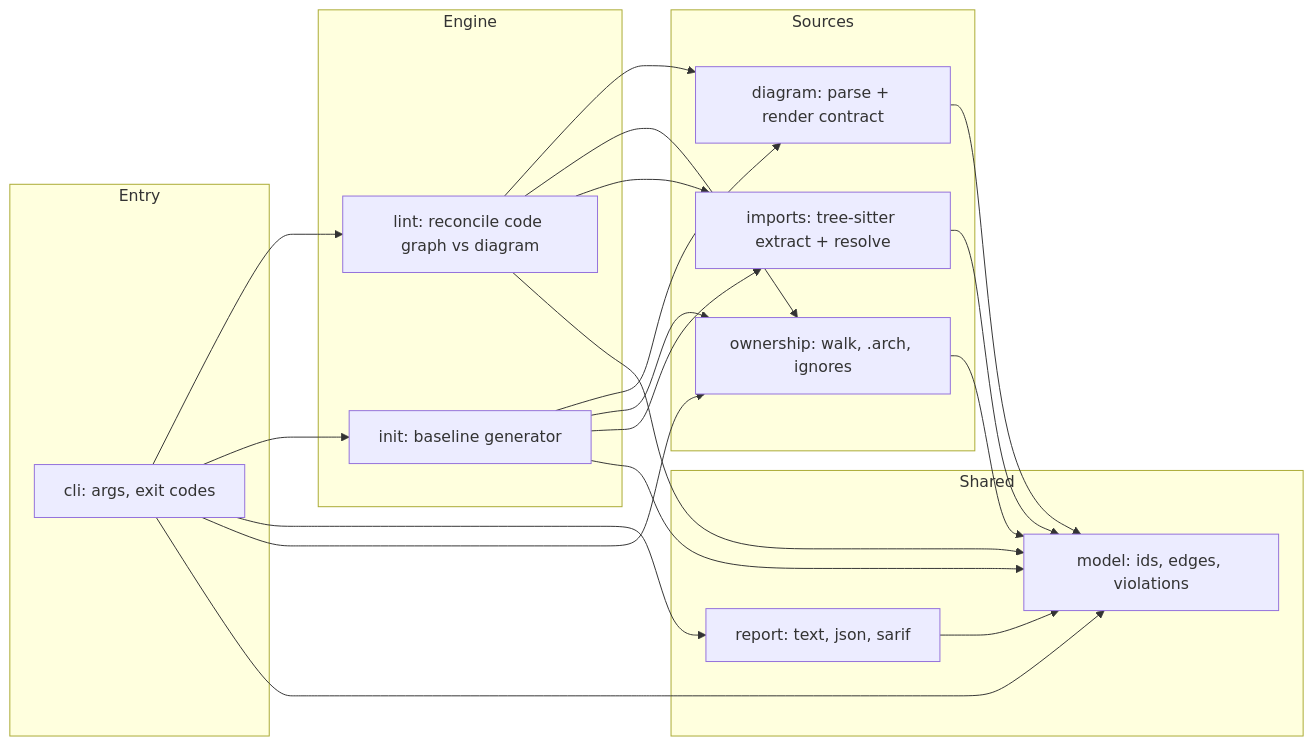
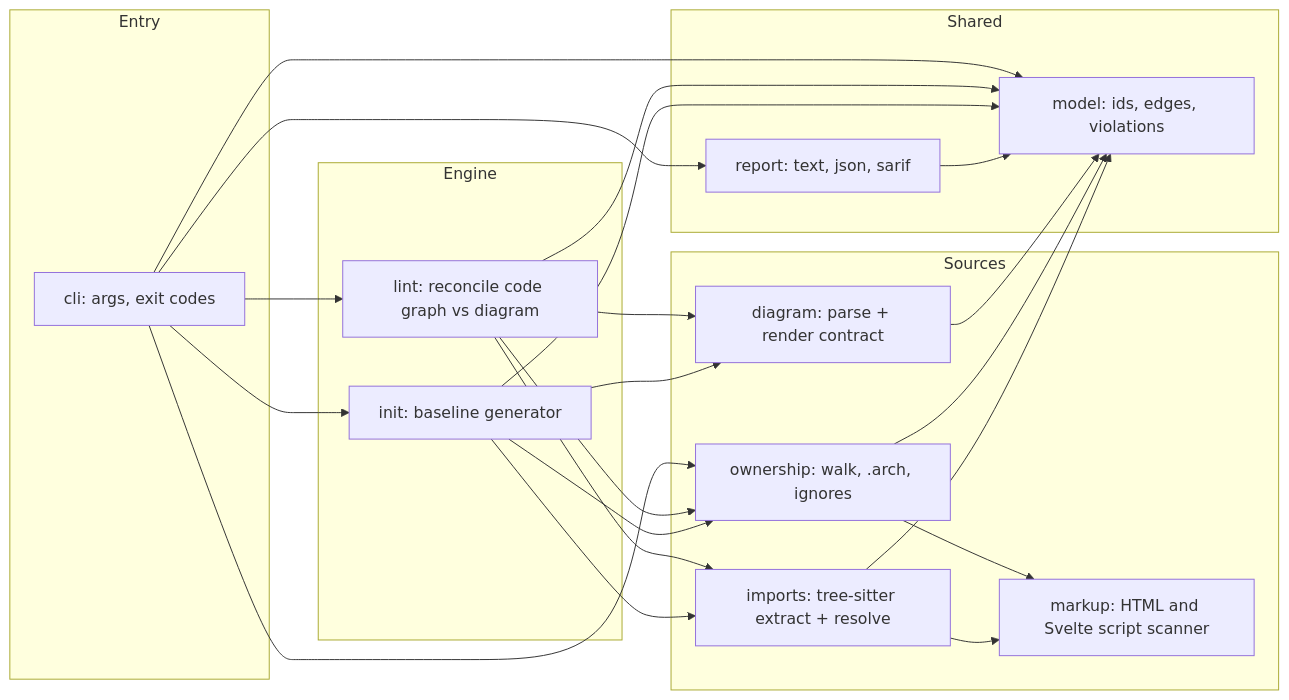
The diagram in architecture.mmd (phanshiyu/driftwall), drawn with Mermaid before and after one commit. The commit also changed 9 other files, not shown here.

First line of the commit message:
Move the markup scanner out of model into its own declared node

```diff
--- a/architecture.mmd
+++ b/architecture.mmd
@@ -1,42 +1,45 @@
 %% driftwall architecture contract (dogfooded).
 %% Grammar: flowchart subset. See docs/DESIGN.md#contract-format.
 %% Solid arrow  = implemented dependency, enforced.
 %% Dotted arrow = planned dependency, tolerated until built.
 flowchart LR
   subgraph entry["Entry"]
     cli["cli: args, exit codes"]
   end
 
   subgraph engine["Engine"]
     lint["lint: reconcile code graph vs diagram"]
     init["init: baseline generator"]
   end
 
   subgraph sources["Sources"]
     diagram["diagram: parse + render contract"]
     ownership["ownership: walk, .arch, ignores"]
     imports["imports: tree-sitter extract + resolve"]
+    markup["markup: HTML and Svelte script scanner"]
   end
 
   subgraph shared["Shared"]
     model["model: ids, edges, violations"]
     report["report: text, json, sarif"]
   end
 
   cli --> lint
   cli --> init
   cli --> report
   cli --> ownership
   cli --> model
   lint --> diagram
   lint --> ownership
   lint --> imports
   lint --> model
   init --> diagram
   init --> ownership
   init --> imports
   init --> model
   diagram --> model
+  ownership --> markup
   ownership --> model
+  imports --> markup
   imports --> model
   report --> model
```
